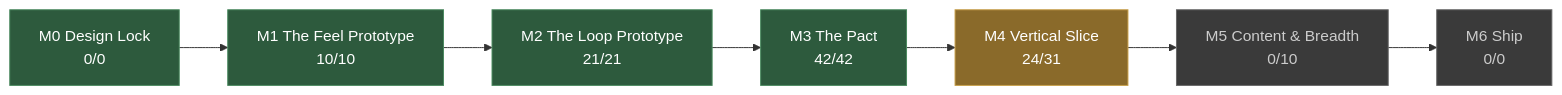
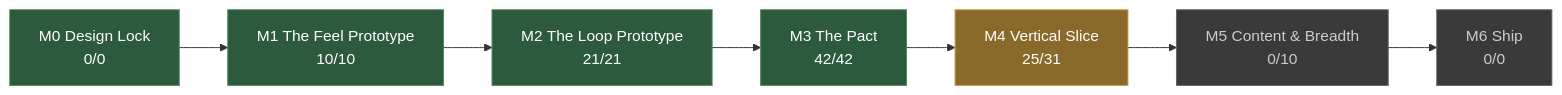
One commit to JoshuaGessner/she changed the diagram in docs/STATUS.md. Above: the diagram before and after it, drawn with Mermaid. The commit also changed other lines of this file and 36 other files, not shown here.

````diff
--- a/docs/STATUS.md
+++ b/docs/STATUS.md
@@ -13,19 +13,19 @@
 ```mermaid
 flowchart LR
   M0["M0 Design Lock<br/>0/0"]:::passed
   M1["M1 The Feel Prototype<br/>10/10"]:::passed
   M0 --> M1
   M2["M2 The Loop Prototype<br/>21/21"]:::passed
   M1 --> M2
   M3["M3 The Pact<br/>42/42"]:::passed
   M2 --> M3
-  M4["M4 Vertical Slice<br/>24/31"]:::current
+  M4["M4 Vertical Slice<br/>25/31"]:::current
   M3 --> M4
   M5["M5 Content & Breadth<br/>0/10"]:::ahead
   M4 --> M5
   M6["M6 Ship<br/>0/0"]:::ahead
   M5 --> M6
   classDef passed fill:#2d5a3d,stroke:#4a8a5f,color:#fff
   classDef current fill:#8a6a2a,stroke:#c8a04a,color:#fff
   classDef ahead fill:#3a3a3a,stroke:#666,color:#ccc
 ```
````
